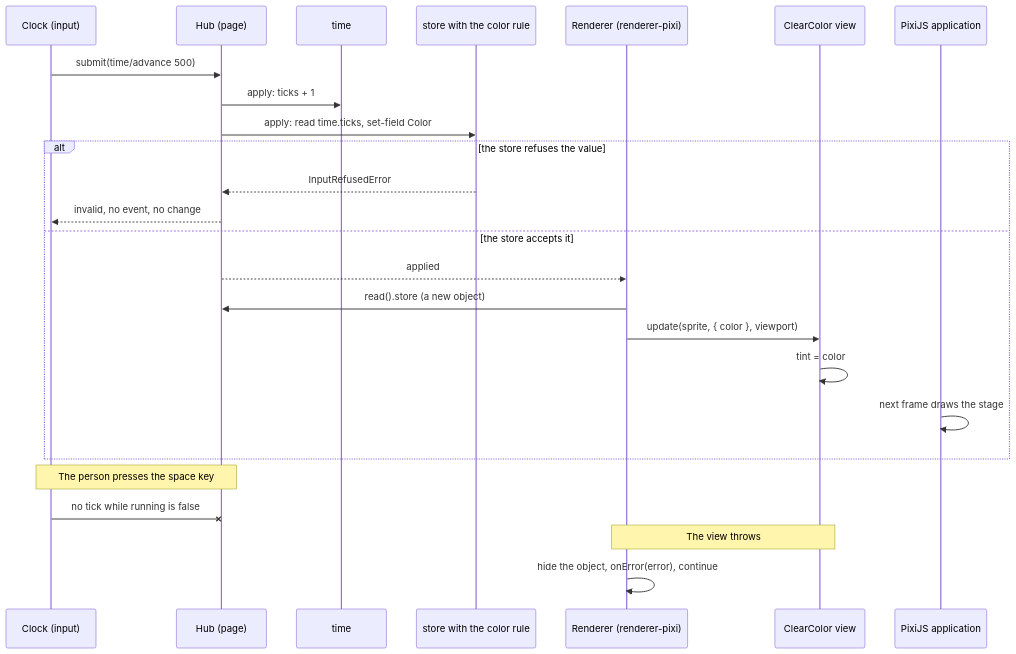
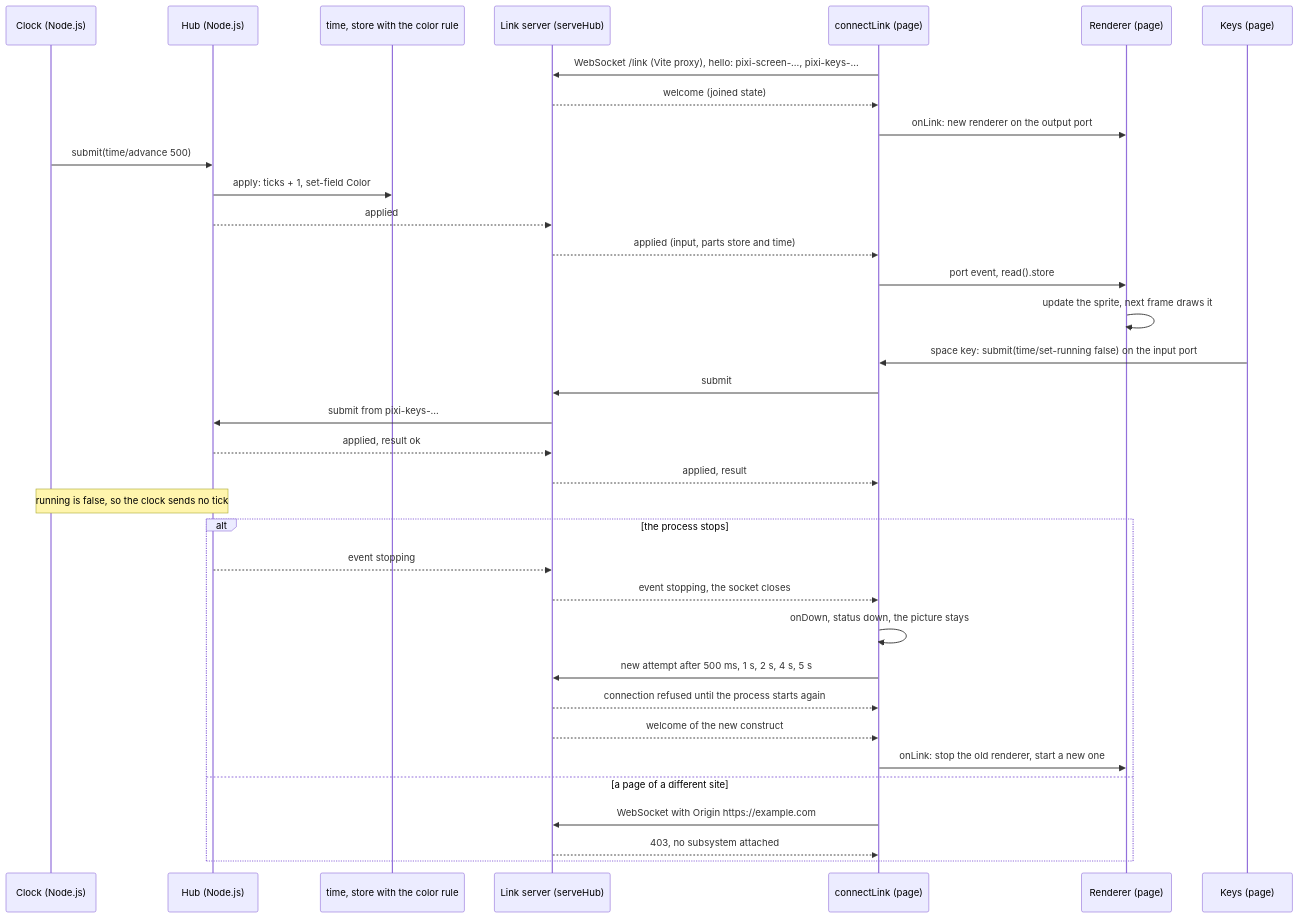
The third of 4 diagrams in openspec/changes/540-add-pixi-renderer/design.md (twin-digital/opus), drawn with Mermaid before and after one commit. The commit also changed other lines of this file and 7 other files, not shown here.

Commit message:
docs(wishem): plan the PixiJS page again with the hub in a Node.js process

````diff
--- a/openspec/changes/540-add-pixi-renderer/design.md
+++ b/openspec/changes/540-add-pixi-renderer/design.md
@@ -306,28 +534,38 @@
 ```mermaid
 sequenceDiagram
-  participant K as Clock (input)
-  participant H as Hub (page)
-  participant T as time
-  participant S as store with the color rule
-  participant R as Renderer (renderer-pixi)
-  participant V as ClearColor view
-  participant A as PixiJS application
+  participant K as Clock (Node.js)
+  participant H as Hub (Node.js)
+  participant S as time, store with the color rule
+  participant L as Link server (serveHub)
+  participant C as connectLink (page)
+  participant R as Renderer (page)
+  participant Y as Keys (page)
 
+  C->>L: WebSocket /link (Vite proxy), hello: pixi-screen-..., pixi-keys-...
+  L-->>C: welcome (joined state)
+  C->>R: onLink: new renderer on the output port
   K->>H: submit(time/advance 500)
-  H->>T: apply: ticks + 1
-  H->>S: apply: read time.ticks, set-field Color
-  alt the store refuses the value
-    S-->>H: InputRefusedError
-    H-->>K: invalid, no event, no change
-  else the store accepts it
-    H-->>R: applied
-    R->>H: read().store (a new object)
-    R->>V: update(sprite, { color }, viewport)
-    V->>V: tint = color
-    A->>A: next frame draws the stage
+  H->>S: apply: ticks + 1, set-field Color
+  H-->>L: applied
+  L-->>C: applied (input, parts store and time)
+  C->>R: port event, read().store
+  R->>R: update the sprite, next frame draws it
+  Y->>C: space key: submit(time/set-running false) on the input port
+  C->>L: submit
+  L->>H: submit from pixi-keys-...
+  H-->>L: applied, result ok
+  L-->>C: applied, result
+  Note over K,H: running is false, so the clock sends no tick
+  alt the process stops
+    H-->>L: event stopping
+    L-->>C: event stopping, the socket closes
+    C->>C: onDown, status down, the picture stays
+    C->>L: new attempt after 500 ms, 1 s, 2 s, 4 s, 5 s
+    L-->>C: connection refused until the process starts again
+    L-->>C: welcome of the new construct
+    C->>R: onLink: stop the old renderer, start a new one
+  else a page of a different site
+    C->>L: WebSocket with Origin https://example.com
+    L-->>C: 403, no subsystem attached
   end
-  Note over K,H: The person presses the space key
-  K-xH: no tick while running is false
-  Note over R,V: The view throws
-  R->>R: hide the object, onError(error), continue
 ```
````
